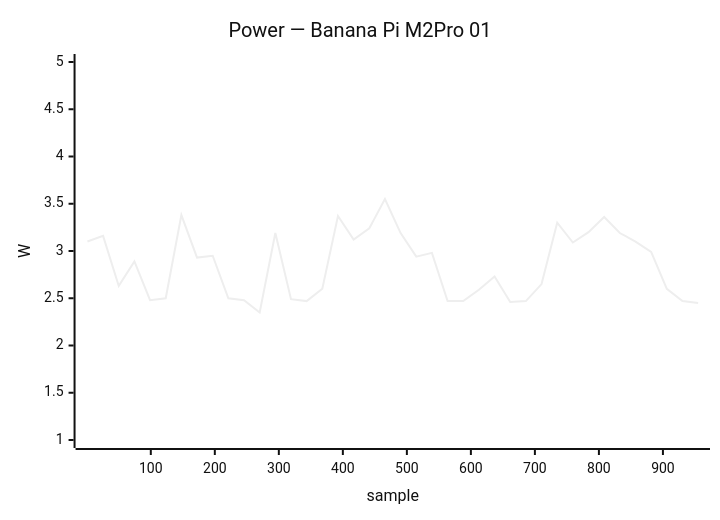
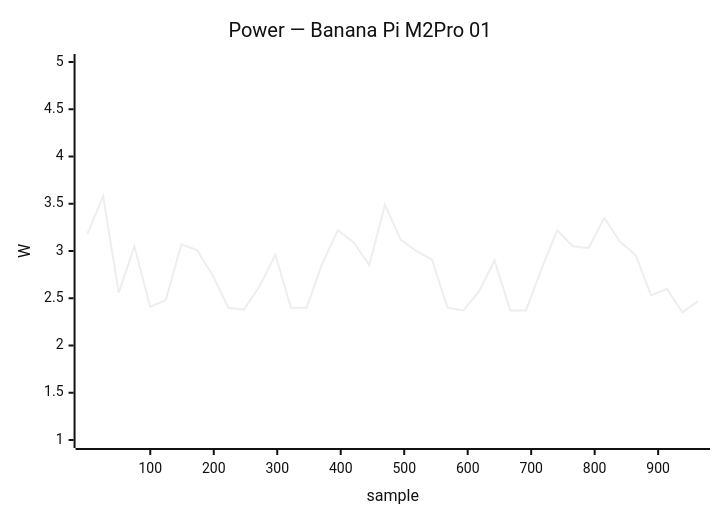
The tenth of 34 diagrams in docs/status/board-tests.md (armbian/documentation), drawn with Mermaid (neutral theme) before and after one commit. The commit also changed other lines of this file, not shown here.

````diff
--- a/docs/status/board-tests.md
+++ b/docs/status/board-tests.md
@@ -511,7 +493,7 @@
 ```mermaid
 xychart-beta
     title "Power — Banana Pi M2Pro 01"
-    x-axis "sample" 1 --> 955
+    x-axis "sample" 1 --> 963
     y-axis "W" 1.0 --> 5.0
-    line [3.10, 3.16, 2.63, 2.89, 2.48, 2.50, 3.38, 2.93, 2.95, 2.50, 2.48, 2.35, 3.19, 2.49, 2.47, 2.60, 3.37, 3.12, 3.24, 3.55, 3.19, 2.94, 2.98, 2.47, 2.47, 2.59, 2.73, 2.46, 2.47, 2.65, 3.30, 3.09, 3.20, 3.36, 3.19, 3.10, 2.99, 2.60, 2.47, 2.45]
+    line [3.18, 3.58, 2.56, 3.05, 2.41, 2.48, 3.07, 3.01, 2.74, 2.40, 2.38, 2.63, 2.96, 2.40, 2.40, 2.87, 3.22, 3.09, 2.85, 3.49, 3.12, 3.00, 2.91, 2.40, 2.37, 2.57, 2.90, 2.37, 2.37, 2.81, 3.22, 3.05, 3.03, 3.35, 3.10, 2.96, 2.53, 2.60, 2.35, 2.47]
 ```
````
